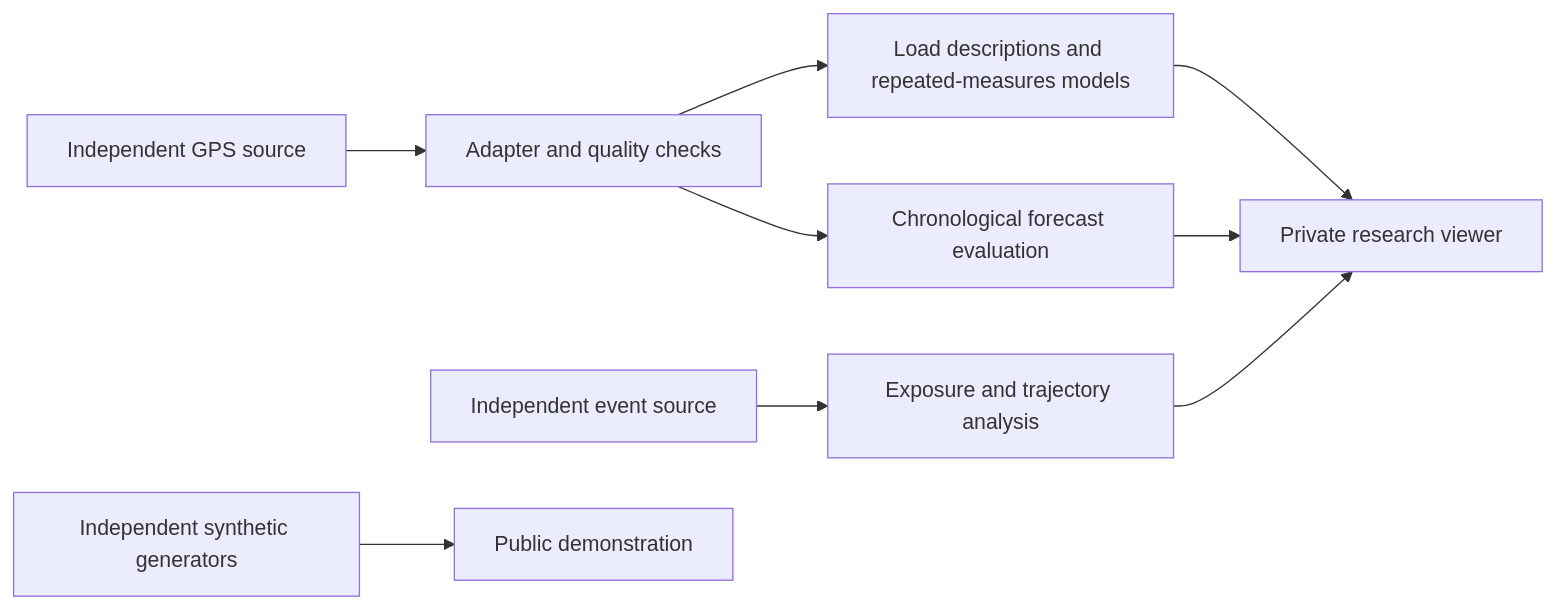
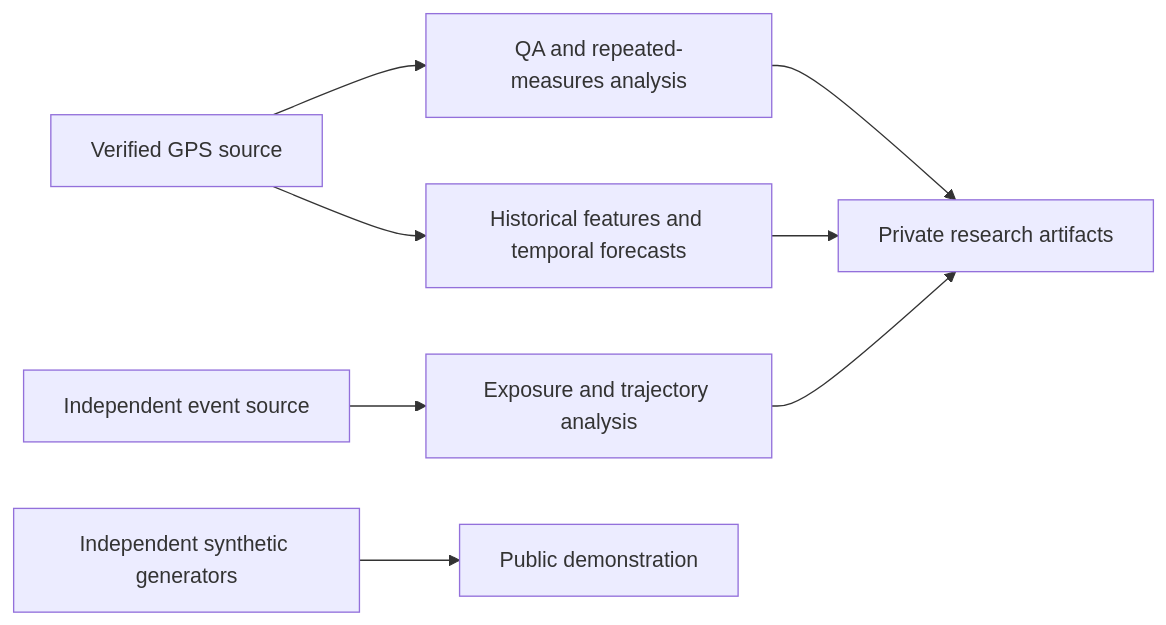
Before and after one commit to MRTRauf/pathwaylab: the diagram in README.md, drawn with Mermaid. The commit also changed other lines of this file and 26 other files, not shown here.

````diff
--- a/README.md
+++ b/README.md
@@ -51,11 +50,10 @@
-```mermaid
+~~~mermaid
 flowchart LR
-    G[Independent GPS source] --> Q[Adapter and quality checks]
-    Q --> L[Load descriptions and repeated-measures models]
-    Q --> F[Chronological forecast evaluation]
-    E[Independent event source] --> A[Exposure and trajectory analysis]
-    L --> R[Private research viewer]
-    F --> R
-    A --> R
-    T[Independent synthetic generators] --> P[Public demonstration]
-```
+    A[Verified GPS source] --> B[QA and repeated-measures analysis]
+    A --> C[Historical features and temporal forecasts]
+    D[Independent event source] --> E[Exposure and trajectory analysis]
+    B --> F[Private research artifacts]
+    C --> F
+    E --> F
+    G[Independent synthetic generators] --> H[Public demonstration]
+~~~
````
